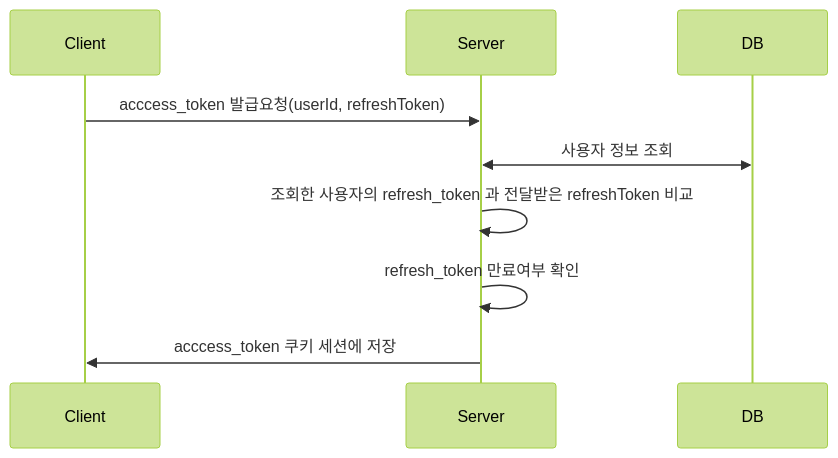
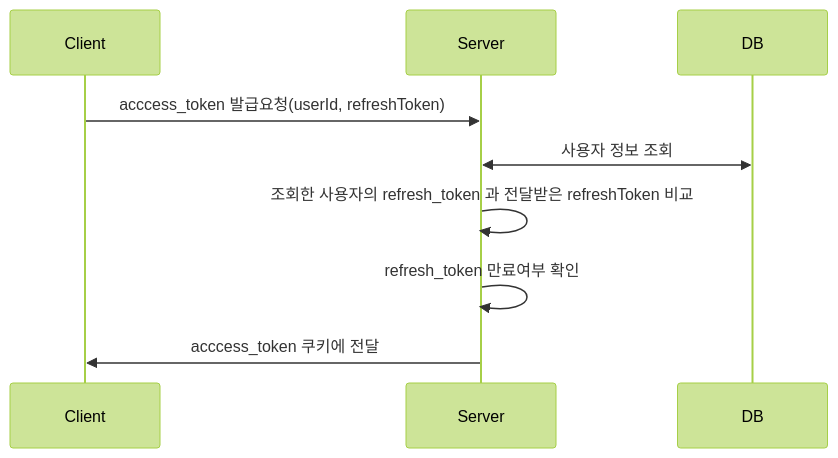
The second of 2 diagrams in README.md (DahyeLee1205/sso), drawn with Mermaid (forest theme) before and after one commit. The commit also changed other lines of this file, not shown here.

````diff
--- a/README.md
+++ b/README.md
@@ -40,11 +40,11 @@
 ```mermaid
 sequenceDiagram
     participant Client
     participant Server
     participant DB
     Client->>Server: acccess_token 발급요청(userId, refreshToken) 
     Server<<->>DB: 사용자 정보 조회
     Server->>Server: 조회한 사용자의 refresh_token 과 전달받은 refreshToken 비교
     Server->>Server: refresh_token 만료여부 확인
-    Server->>Client: acccess_token 쿠키 세션에 저장
+    Server->>Client: acccess_token 쿠키에 전달
 ```
````
